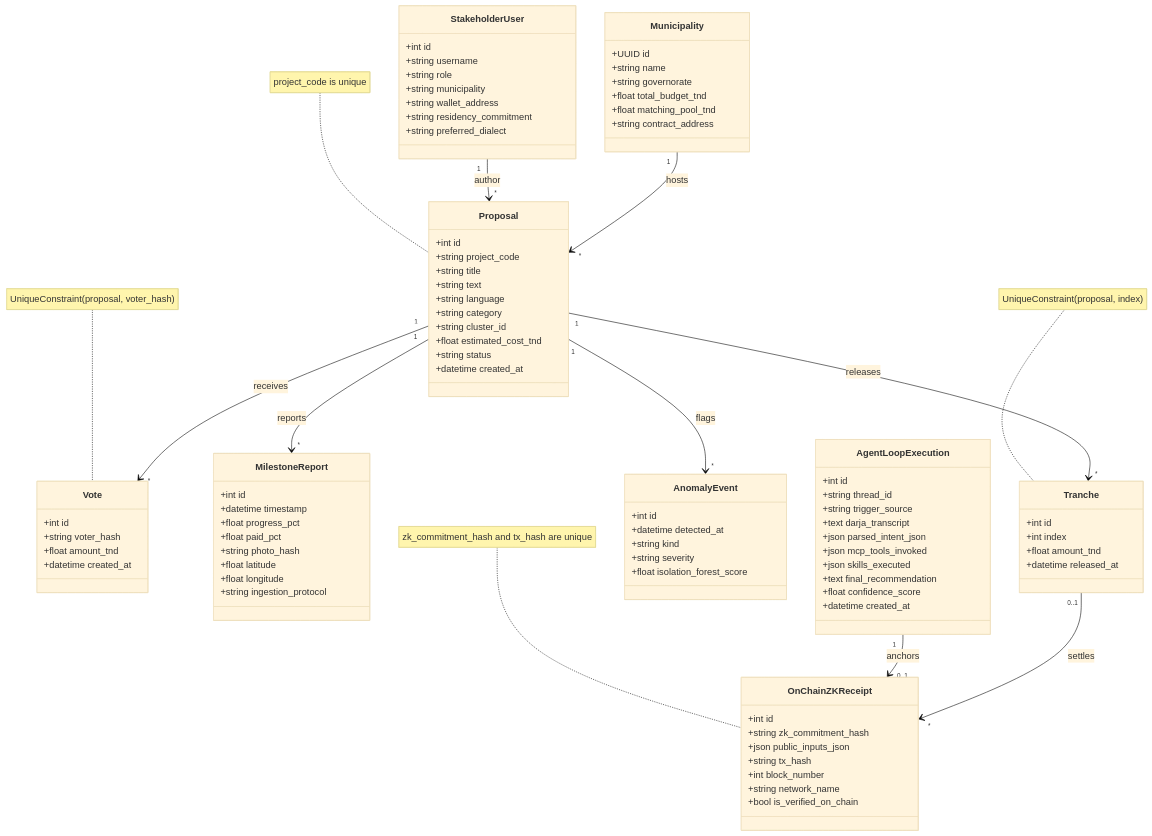
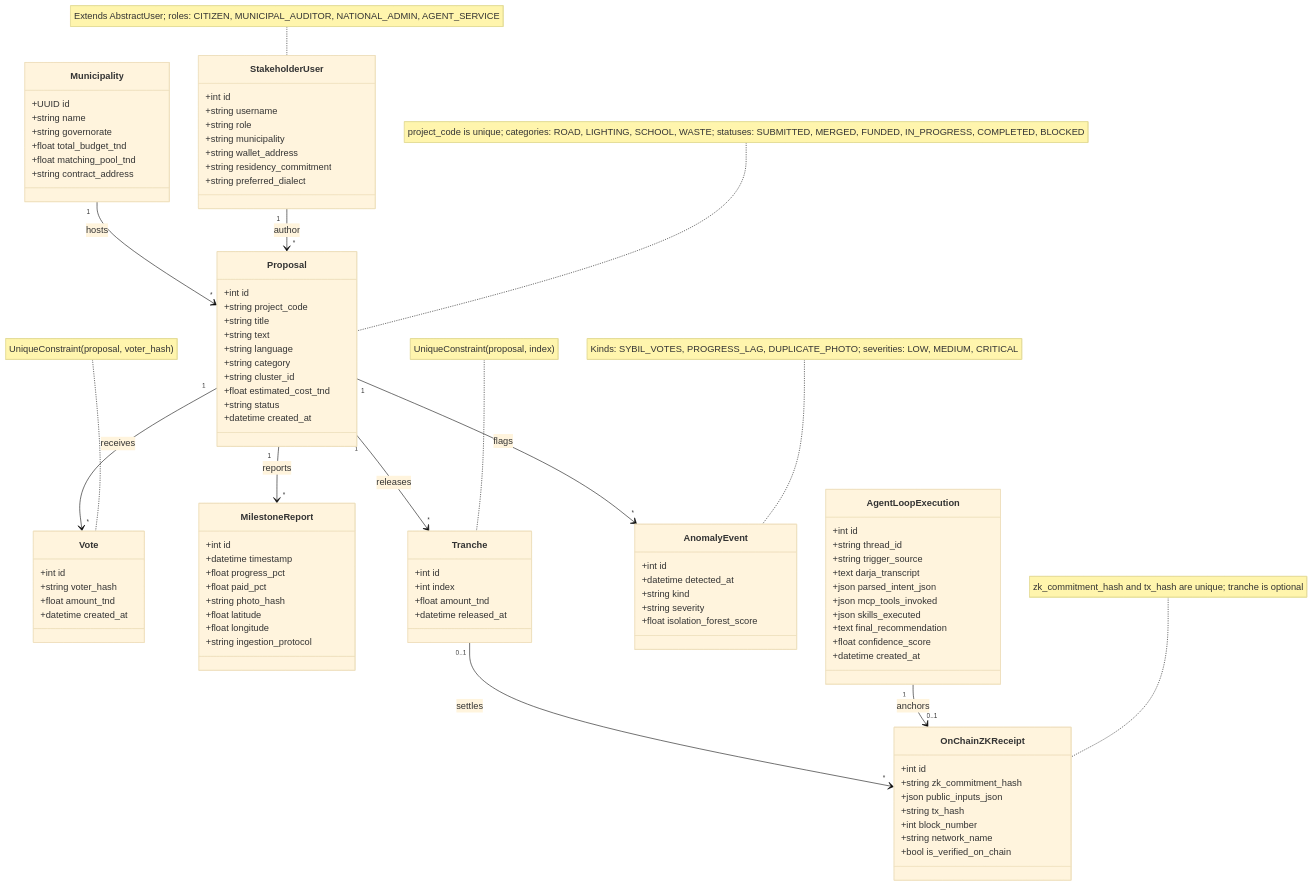
Before and after one commit to Yosri2024/Baladya_Trust: the first of 2 diagrams in docs/uml.md, drawn with Mermaid (base theme). The commit also changed other lines of this file, not shown here.

Commit message:
docs: align UML with current models and approval flow

````diff
--- a/docs/uml.md
+++ b/docs/uml.md
@@ -101,8 +101,10 @@
     AgentLoopExecution "1" --> "0..1" OnChainZKReceipt : anchors
     Tranche "0..1" --> "*" OnChainZKReceipt : settles
 
-    note for Proposal "project_code is unique"
+    note for StakeholderUser "Extends AbstractUser; roles: CITIZEN, MUNICIPAL_AUDITOR, NATIONAL_ADMIN, AGENT_SERVICE"
+    note for Proposal "project_code is unique; categories: ROAD, LIGHTING, SCHOOL, WASTE; statuses: SUBMITTED, MERGED, FUNDED, IN_PROGRESS, COMPLETED, BLOCKED"
     note for Vote "UniqueConstraint(proposal, voter_hash)"
     note for Tranche "UniqueConstraint(proposal, index)"
-    note for OnChainZKReceipt "zk_commitment_hash and tx_hash are unique"
+    note for AnomalyEvent "Kinds: SYBIL_VOTES, PROGRESS_LAG, DUPLICATE_PHOTO; severities: LOW, MEDIUM, CRITICAL"
+    note for OnChainZKReceipt "zk_commitment_hash and tx_hash are unique; tranche is optional"
 ```
````
